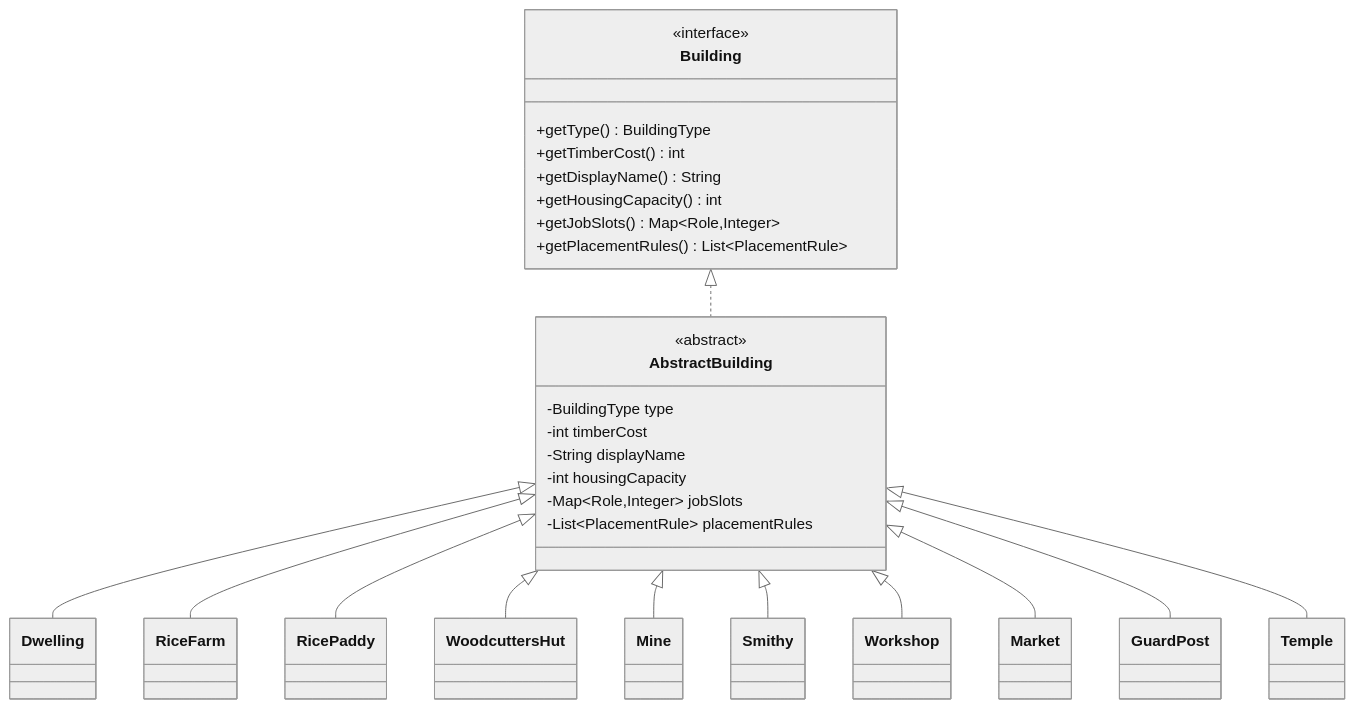
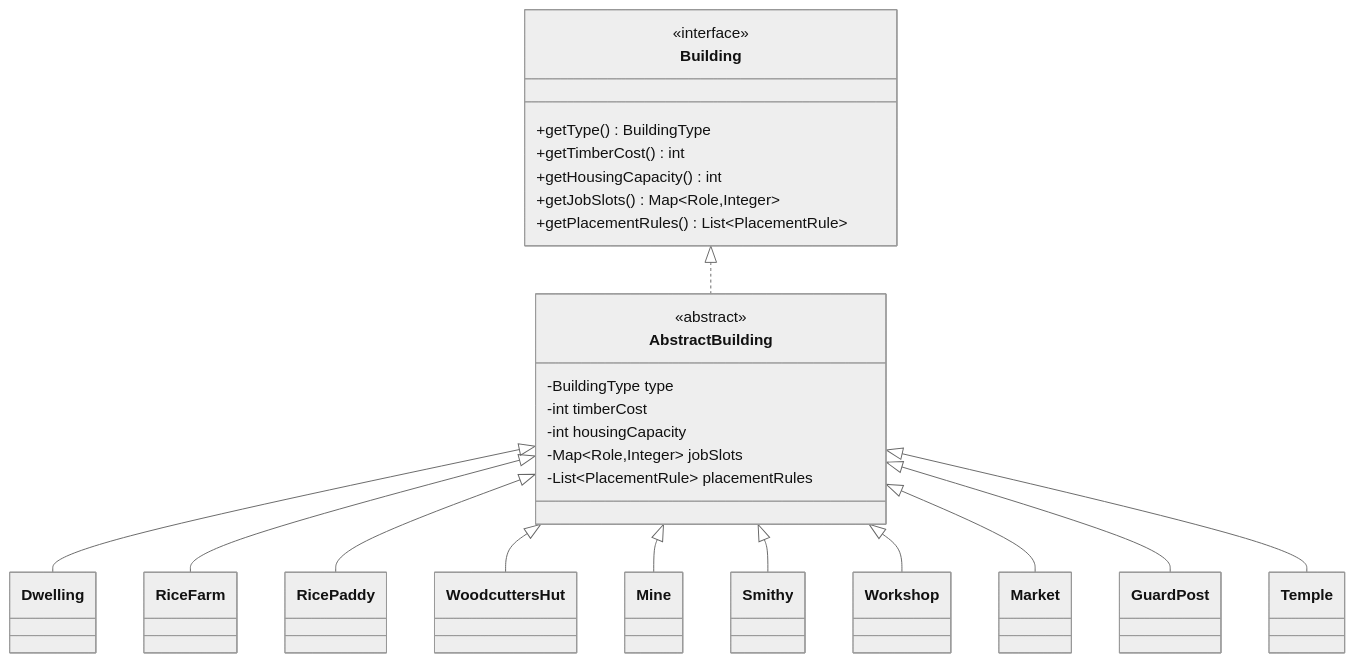
Before and after one commit to edope704/DaimyoSimulator: the eighth of 14 diagrams in docs/DesignDocument.md, drawn with Mermaid (neutral theme). The commit also changed other lines of this file, not shown here.

````diff
--- a/docs/DesignDocument.md
+++ b/docs/DesignDocument.md
@@ -504,45 +265,30 @@
 ```mermaid
 classDiagram
     class Building {
         <<interface>>
         +getType() BuildingType
         +getTimberCost() int
-        +getDisplayName() String
         +getHousingCapacity() int
         +getJobSlots() Map~Role,Integer~
         +getPlacementRules() List~PlacementRule~
     }
-
     class AbstractBuilding {
         <<abstract>>
         -BuildingType type
         -int timberCost
-        -String displayName
         -int housingCapacity
         -Map~Role,Integer~ jobSlots
         -List~PlacementRule~ placementRules
     }
-
-    class Dwelling
-    class RiceFarm
-    class RicePaddy
-    class WoodcuttersHut
-    class Mine
-    class Smithy
-    class Workshop
-    class Market
-    class GuardPost
-    class Temple
-
     Building <|.. AbstractBuilding
     AbstractBuilding <|-- Dwelling
     AbstractBuilding <|-- RiceFarm
     AbstractBuilding <|-- RicePaddy
     AbstractBuilding <|-- WoodcuttersHut
     AbstractBuilding <|-- Mine
     AbstractBuilding <|-- Smithy
     AbstractBuilding <|-- Workshop
     AbstractBuilding <|-- Market
     AbstractBuilding <|-- GuardPost
     AbstractBuilding <|-- Temple
 ```
````
